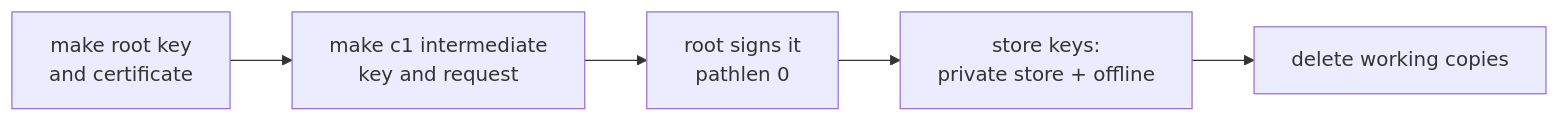
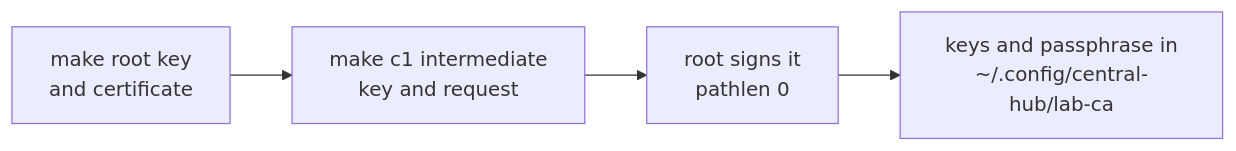
Before and after one commit to jonhill90/central-hub: the diagram in docs/runbooks/create-lab-root-ca.md, drawn with Mermaid. The commit also changed other lines of this file and 13 other files, not shown here.

First line of the commit message:
feat: set the Proxmox web UI certificate from the lab CA, and keep the lab CA keys in a local env folder

````diff
--- a/docs/runbooks/create-lab-root-ca.md
+++ b/docs/runbooks/create-lab-root-ca.md
@@ -19,4 +19,4 @@
 ```mermaid
 flowchart LR
-  a["make root key<br/>and certificate"] --> b["make c1 intermediate<br/>key and request"] --> c["root signs it<br/>pathlen 0"] --> d["store keys:<br/>private store + offline"] --> e["delete working copies"]
+  a["make root key<br/>and certificate"] --> b["make c1 intermediate<br/>key and request"] --> c["root signs it<br/>pathlen 0"] --> d["keys and passphrase in<br/>~/.config/central-hub/lab-ca"]
 ```
````
